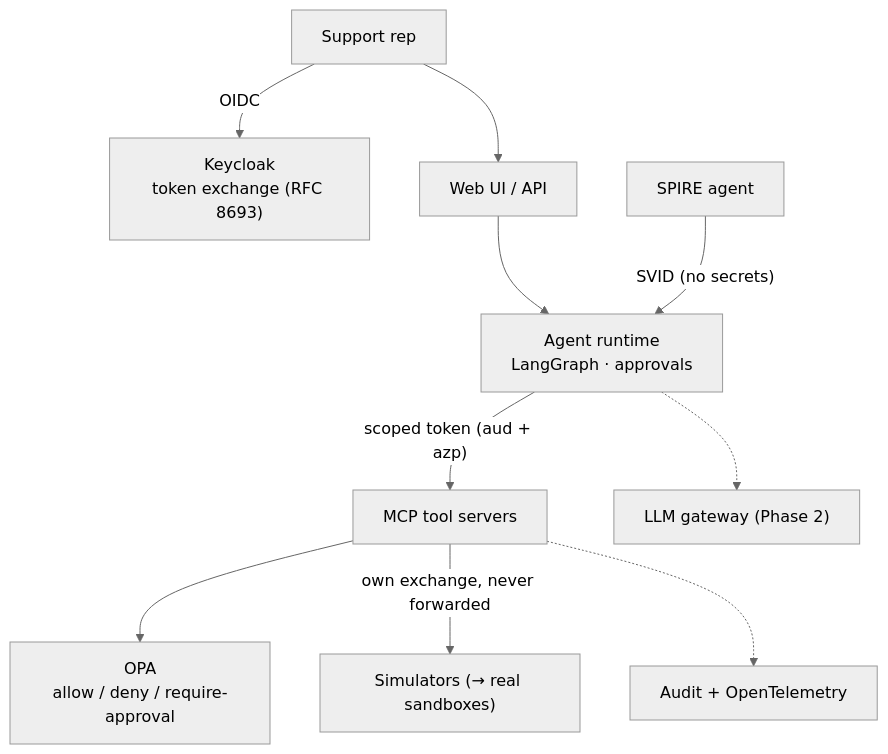
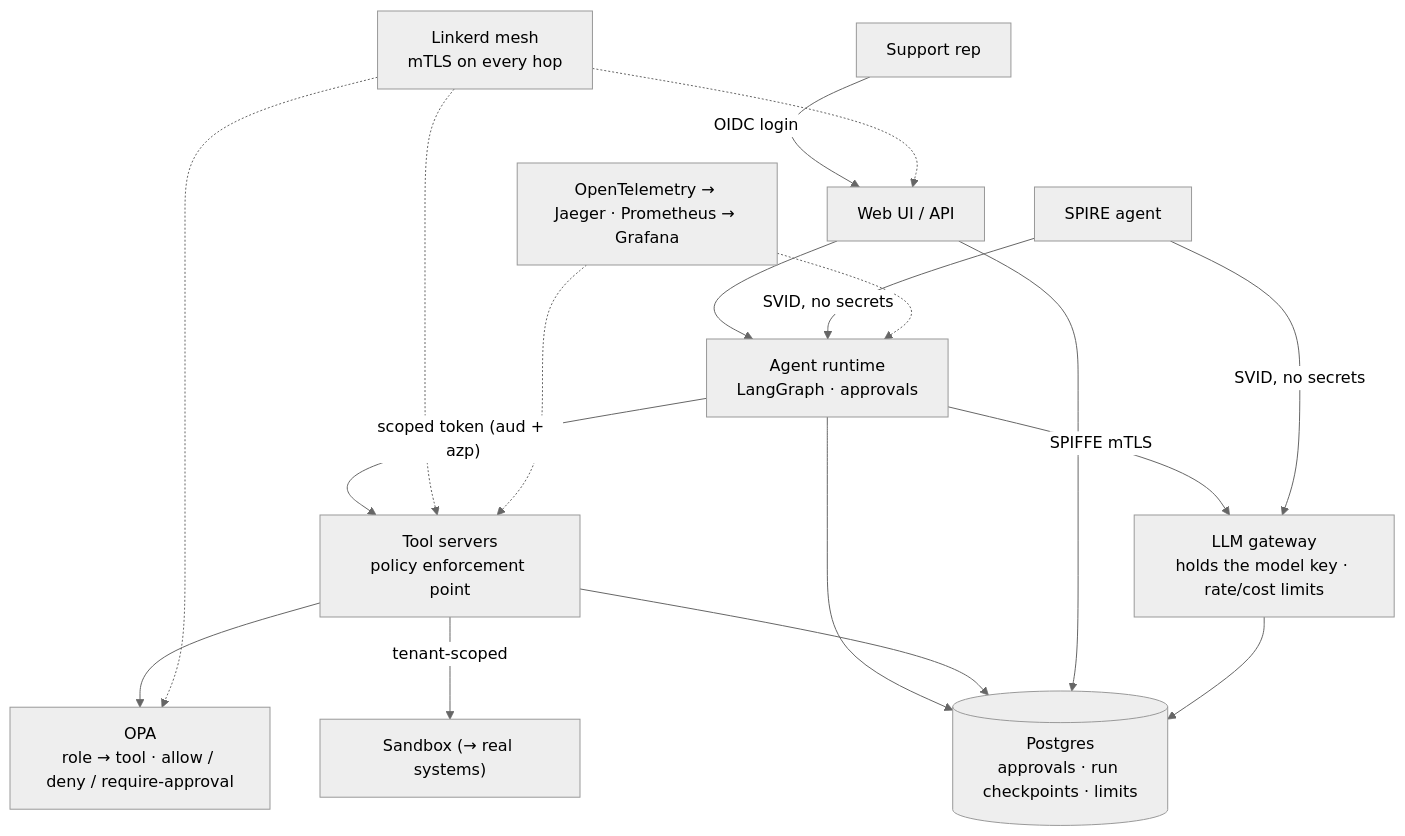
One commit to fkadusei/agent-identity-platform changed the diagram in README.md. Above: the diagram before and after it, drawn with Mermaid (neutral theme). The commit also changed other lines of this file and 2 other files, not shown here.

````diff
--- a/README.md
+++ b/README.md
@@ -28,12 +57,13 @@
 ```mermaid
 flowchart TB
-    U["Support rep"] -- OIDC --> KC["Keycloak<br/>token exchange (RFC 8693)"]
-    U --> WEB["Web UI / API"]
+    U["Support rep"] -- "OIDC login" --> WEB["Web UI / API"]
     WEB --> AG["Agent runtime<br/>LangGraph · approvals"]
-    AG -- "scoped token (aud + azp)" --> MCP["MCP tool servers"]
-    MCP --> OPA["OPA<br/>allow / deny / require-approval"]
-    MCP -- "own exchange, never forwarded" --> SIM["Simulators (→ real sandboxes)"]
-    AG -.-> GW["LLM gateway (Phase 2)"]
-    MCP -.-> AUD["Audit + OpenTelemetry"]
-    SA["SPIRE agent"] -- "SVID (no secrets)" --> AG
+    AG -- "scoped token (aud + azp)" --> PEP["Tool servers<br/>policy enforcement point"]
+    PEP --> OPA["OPA<br/>role → tool · allow / deny / require-approval"]
+    PEP -- "tenant-scoped" --> SIM["Sandbox (→ real systems)"]
+    AG -- "SPIFFE mTLS" --> GW["LLM gateway<br/>holds the model key · rate/cost limits"]
+    AG & PEP & WEB & GW --> PG[("Postgres<br/>approvals · run checkpoints · limits")]
+    SA["SPIRE agent"] -- "SVID, no secrets" --> AG & GW
+    MESH["Linkerd mesh<br/>mTLS on every hop"] -.-> WEB & PEP & OPA
+    OBS["OpenTelemetry → Jaeger · Prometheus → Grafana"] -.-> AG & PEP
 ```
````
